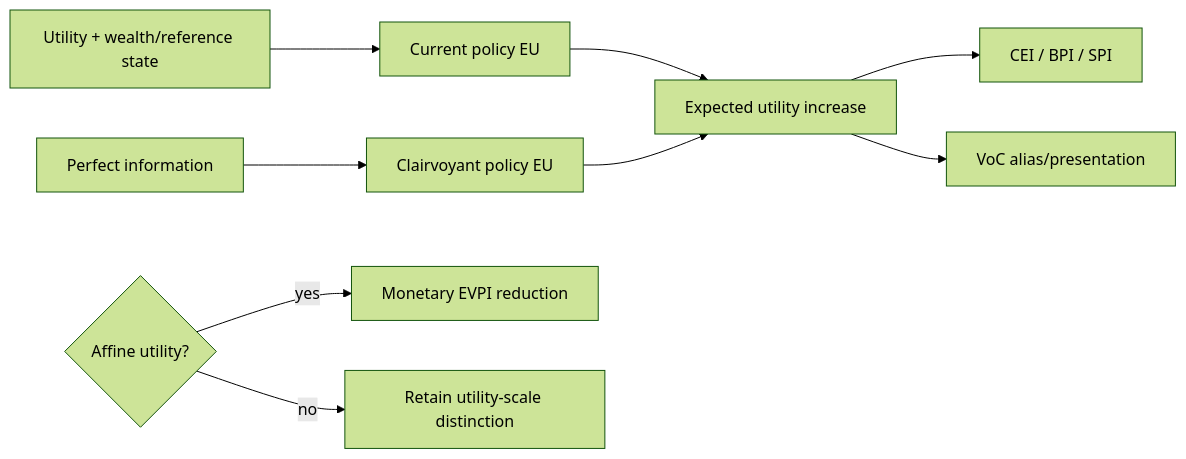
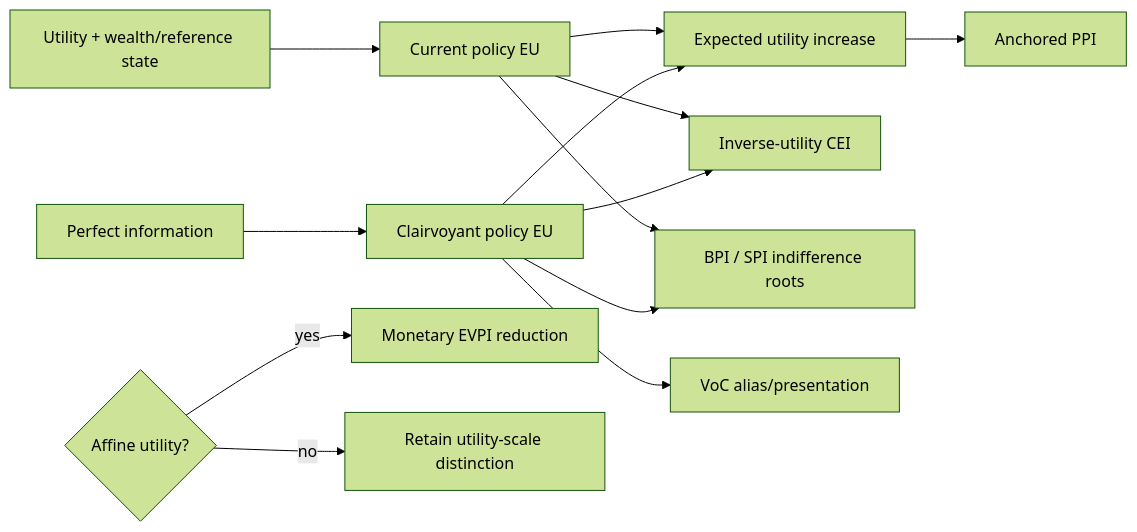
Before and after one commit to edithatogo/voiage: the diagram in conductor/tracks/supported_frontier_method_completion_20260723/design.md, drawn with Mermaid (forest theme). The commit also changed 77 other files, not shown here.

First line of the commit message:
feat: expected-utility information pricing and VoC presentation (#712)

````diff
--- a/conductor/tracks/supported_frontier_method_completion_20260723/design.md
+++ b/conductor/tracks/supported_frontier_method_completion_20260723/design.md
@@ -3,11 +3,15 @@
 ```mermaid
 flowchart LR
     Utility["Utility + wealth/reference state"] --> Current["Current policy EU"]
     Information["Perfect information"] --> Clairvoyant["Clairvoyant policy EU"]
     Current --> Delta["Expected utility increase"]
     Clairvoyant --> Delta
-    Delta --> Prices["CEI / BPI / SPI"]
-    Delta --> VoC["VoC alias/presentation"]
+    Current --> CEI["Inverse-utility CEI"]
+    Clairvoyant --> CEI
+    Current --> Prices["BPI / SPI indifference roots"]
+    Clairvoyant --> Prices
+    Delta --> PPI["Anchored PPI"]
+    Clairvoyant --> VoC["VoC alias/presentation"]
     Affine{"Affine utility?"} -->|yes| EVPI["Monetary EVPI reduction"]
     Affine -->|no| Distinct["Retain utility-scale distinction"]
 ```
````
